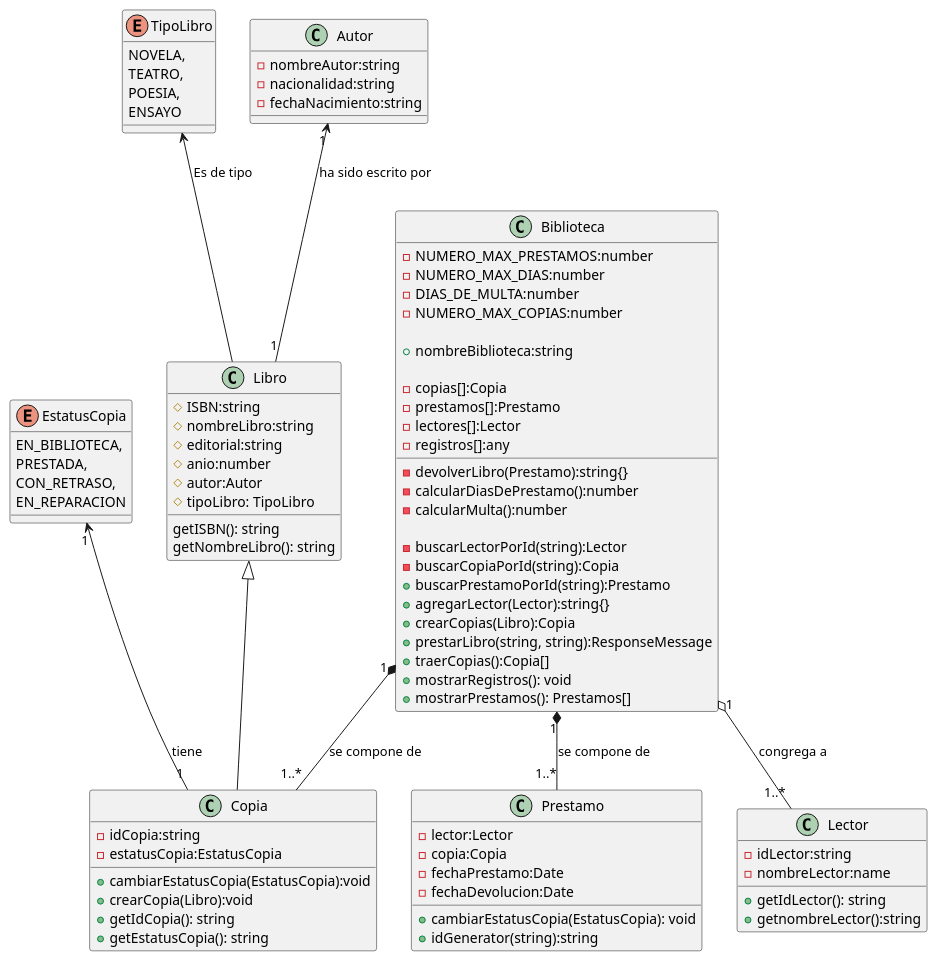
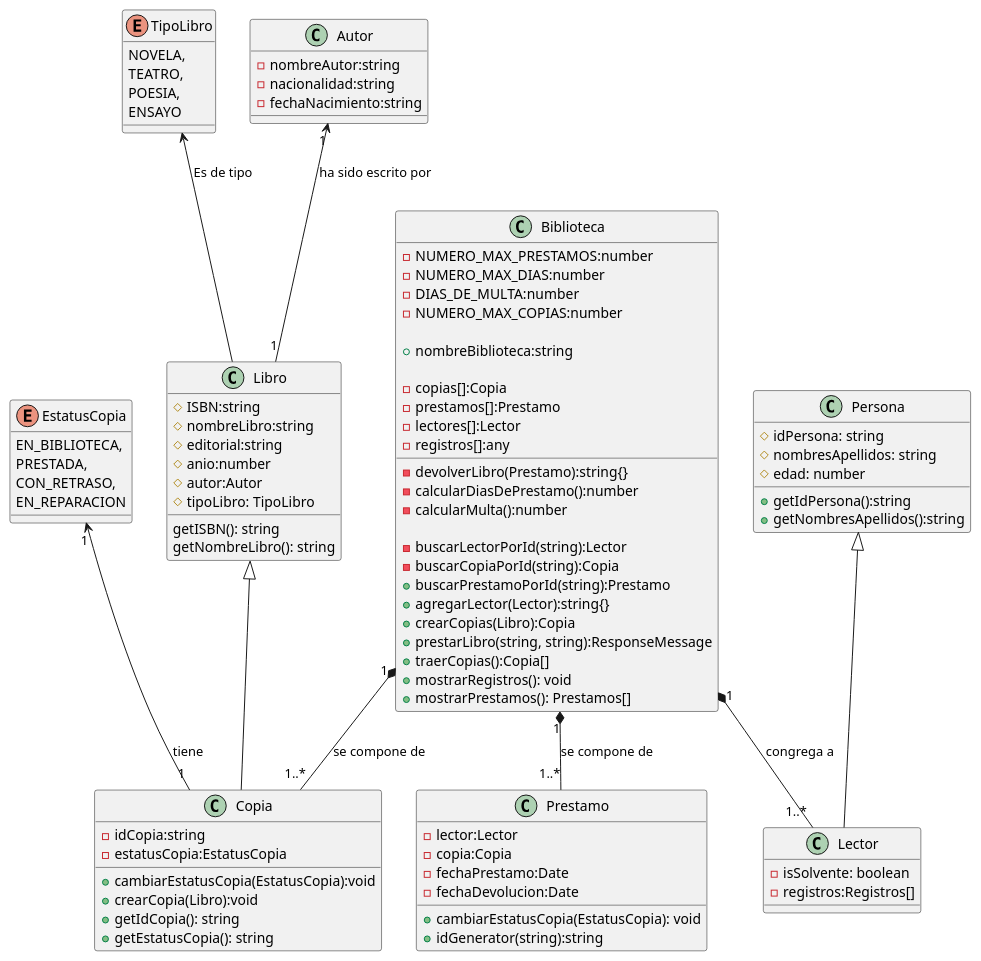
The diagram in Biblioteca/laBiblioteca.puml (wilmansirit/UMLs), drawn with PlantUML before and after one commit.

Commit message:
Redifinir la clase Lector para que extienda de la nueva clase Persona

```diff
--- a/Biblioteca/laBiblioteca.puml
+++ b/Biblioteca/laBiblioteca.puml
@@ -1,99 +1,105 @@
 @startuml "La biblioteca"
 
 class Libro {
     # ISBN:string
     # nombreLibro:string
     # editorial:string
     # anio:number
     # autor:Autor
     # tipoLibro: TipoLibro
 
     getISBN(): string
     getNombreLibro(): string
 
 }
 
 enum TipoLibro {
     NOVELA,
     TEATRO,
     POESIA,
     ENSAYO
 }
 
 class Autor {
     - nombreAutor:string
     - nacionalidad:string
     - fechaNacimiento:string
 }
 
 class Copia extends Libro {
     - idCopia:string
     - estatusCopia:EstatusCopia
     + cambiarEstatusCopia(EstatusCopia):void
     + crearCopia(Libro):void
     + getIdCopia(): string
     + getEstatusCopia(): string 
 }
 
 enum EstatusCopia {
     EN_BIBLIOTECA,
     PRESTADA,
     CON_RETRASO,
     EN_REPARACION
 }
 
 class Biblioteca {
 
     - NUMERO_MAX_PRESTAMOS:number
     - NUMERO_MAX_DIAS:number
     - DIAS_DE_MULTA:number
     - NUMERO_MAX_COPIAS:number
 
     + nombreBiblioteca:string
 
     - copias[]:Copia
     - prestamos[]:Prestamo
     - lectores[]:Lector
     - registros[]:any
 
     - devolverLibro(Prestamo):string{}
     - calcularDiasDePrestamo():number
     - calcularMulta():number
 
     - buscarLectorPorId(string):Lector
     - buscarCopiaPorId(string):Copia
     + buscarPrestamoPorId(string):Prestamo
     + agregarLector(Lector):string{}
     + crearCopias(Libro):Copia
     + prestarLibro(string, string):ResponseMessage
     + traerCopias():Copia[]
     + mostrarRegistros(): void
     + mostrarPrestamos(): Prestamos[]
 }
 
-class Lector {
-    - idLector:string
-    - nombreLector:name
+class Persona {
+    # idPersona: string
+    # nombresApellidos: string
+    # edad: number
 
-    + getIdLector(): string
-    + getnombreLector():string
+    + getIdPersona():string
+    + getNombresApellidos():string
+}
+
+class Lector extends Persona{
+    - isSolvente: boolean
+    - registros:Registros[]
 }
 
 class Prestamo {
     - lector:Lector
     - copia:Copia
     - fechaPrestamo:Date
     - fechaDevolucion:Date
 
     + cambiarEstatusCopia(EstatusCopia): void
     + idGenerator(string):string
 }
 
 TipoLibro <-- Libro: "Es de tipo"
 Autor "1" <-- "1" Libro: "ha sido escrito por"
 EstatusCopia "1" <-- "1" Copia: "tiene"
-Biblioteca "1" o-- "1..*" Lector: "congrega a"
+Biblioteca "1" *-- "1..*" Lector: "congrega a"
 Biblioteca "1" *-- "1..*" Copia: "se compone de"
 Biblioteca "1" *-- "1..*" Prestamo: "se compone de"
 
 @enduml
```
